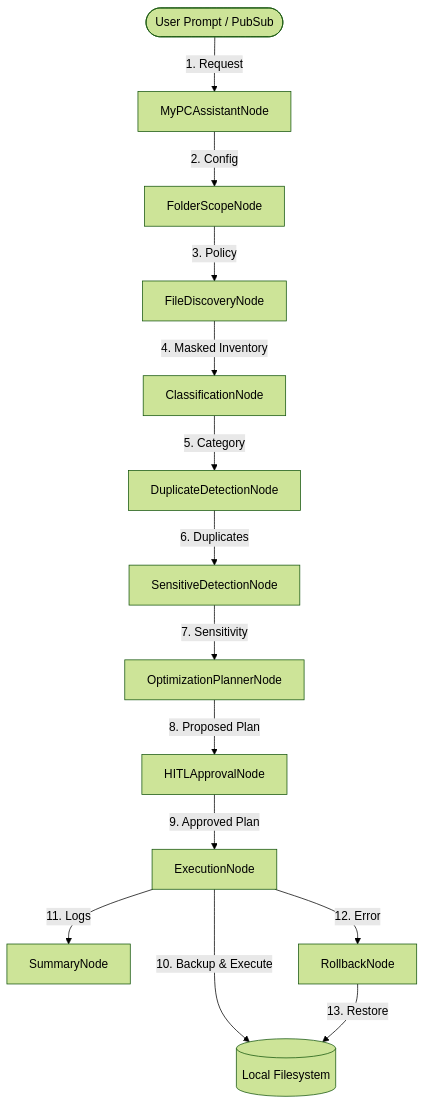
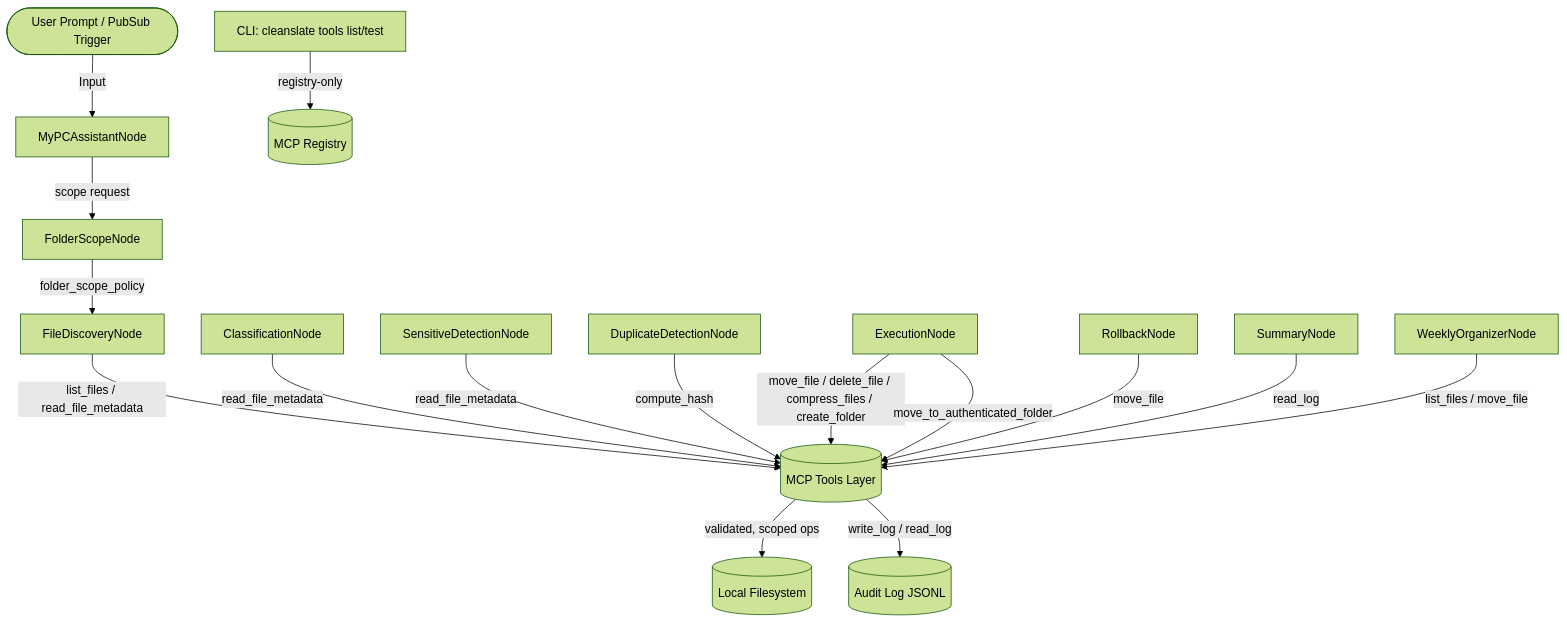
The diagram in threat_model.md (divya-gh/CleanSlate-AI-Your-Digital-Estate-Manager), drawn with Mermaid (forest theme) before and after one commit. The commit also changed other lines of this file, not shown here.

````diff
--- a/threat_model.md
+++ b/threat_model.md
@@ -17,16 +32,18 @@
 ```mermaid
 graph TD
-    User([User Prompt / PubSub]) -->|1. Request| AssistantNode[MyPCAssistantNode]
-    AssistantNode -->|2. Config| FolderScopeNode[FolderScopeNode]
-    FolderScopeNode -->|3. Policy| DiscoveryNode[FileDiscoveryNode]
-    DiscoveryNode -->|4. Masked Inventory| ClassifyNode[ClassificationNode]
-    ClassifyNode -->|5. Category| DedupeNode[DuplicateDetectionNode]
-    DedupeNode -->|6. Duplicates| SensitiveNode[SensitiveDetectionNode]
-    SensitiveNode -->|7. Sensitivity| PlannerNode[OptimizationPlannerNode]
-    PlannerNode -->|8. Proposed Plan| HITLNode[HITLApprovalNode]
-    HITLNode -->|9. Approved Plan| ExecNode[ExecutionNode]
-    ExecNode -->|10. Backup & Execute| FS[(Local Filesystem)]
-    ExecNode -->|11. Logs| SummaryNode[SummaryNode]
-    ExecNode -->|12. Error| RollbackNode[RollbackNode]
-    RollbackNode -->|13. Restore| FS
+    User([User Prompt / PubSub Trigger]) -->|Input| AssistantNode[MyPCAssistantNode]
+    AssistantNode -->|scope request| FolderScope[FolderScopeNode]
+    FolderScope -->|folder_scope_policy| DiscoveryNode[FileDiscoveryNode]
+    DiscoveryNode -->|list_files / read_file_metadata| MCPLayer[(MCP Tools Layer)]
+    ClassifyNode[ClassificationNode] -->|read_file_metadata| MCPLayer
+    SensitiveNode[SensitiveDetectionNode] -->|read_file_metadata| MCPLayer
+    DedupeNode[DuplicateDetectionNode] -->|compute_hash| MCPLayer
+    ExecNode[ExecutionNode] -->|move_file / delete_file / compress_files / create_folder| MCPLayer
+    ExecNode -->|move_to_authenticated_folder| MCPLayer
+    RollbackNode[RollbackNode] -->|move_file| MCPLayer
+    SummaryNode[SummaryNode] -->|read_log| MCPLayer
+    WeeklyNode[WeeklyOrganizerNode] -->|list_files / move_file| MCPLayer
+    MCPLayer -->|validated, scoped ops| FS[(Local Filesystem)]
+    MCPLayer -->|write_log / read_log| AuditLog[(Audit Log JSONL)]
+    CLI[CLI: cleanslate tools list/test] -->|registry-only| Registry[(MCP Registry)]
 ```
````
